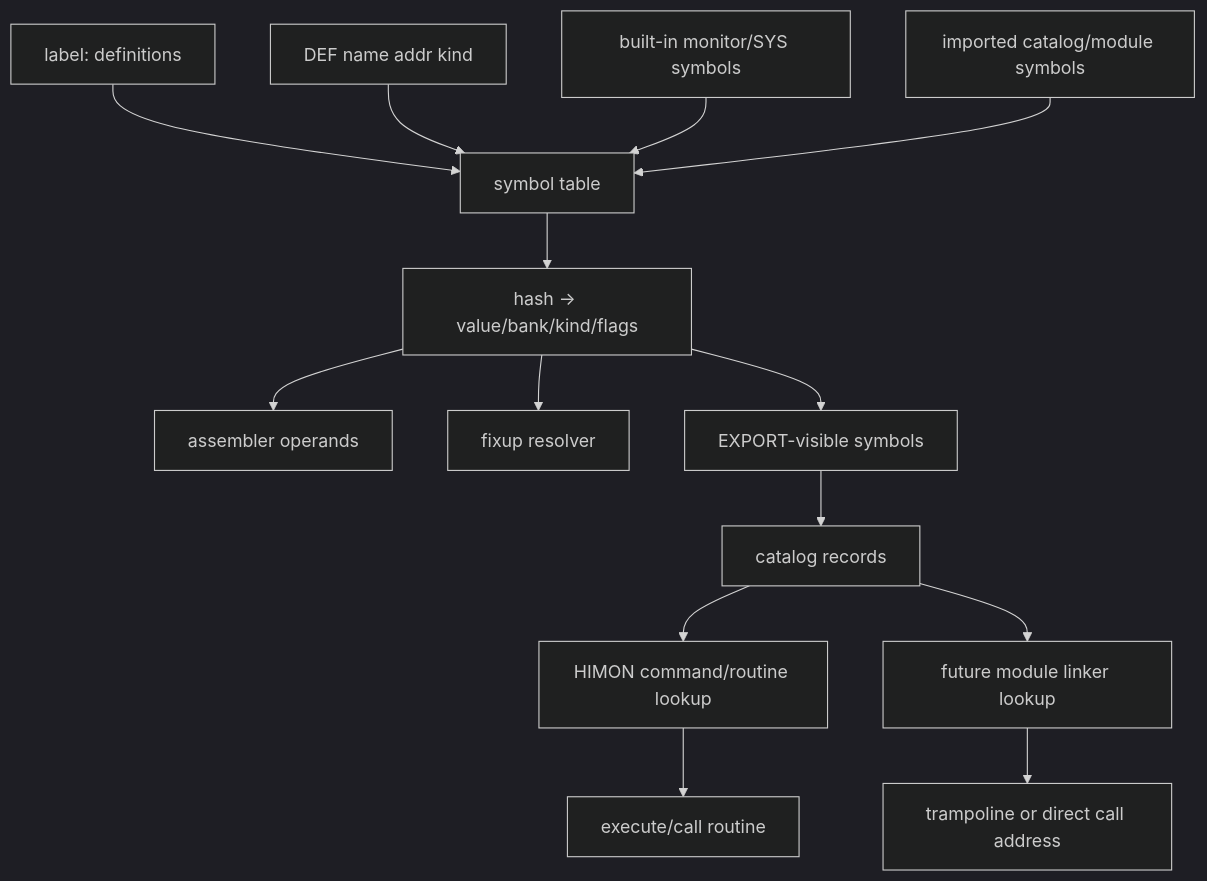
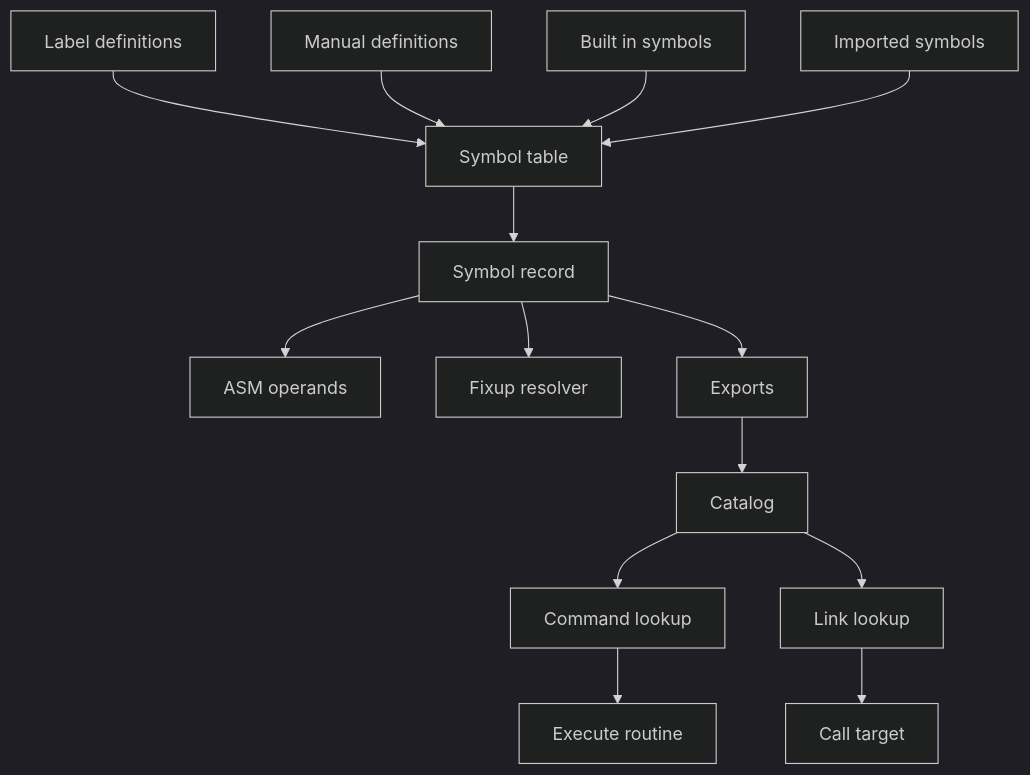
Before and after one commit to 95westus/R-YORS: the fifth of 6 diagrams in DOC/GUIDES/ASM/HASHED_ASM.md, drawn with Mermaid (dark theme). The commit also changed other lines of this file and 6 other files, not shown here.

````diff
--- a/DOC/GUIDES/ASM/HASHED_ASM.md
+++ b/DOC/GUIDES/ASM/HASHED_ASM.md
@@ -349,23 +2278,31 @@
 ```mermaid
 flowchart TD
-    LABELS[label: definitions]
-    DEF[DEF name addr kind]
-    BUILTIN[built-in monitor/SYS symbols]
-    IMPORT[imported catalog/module symbols]
+    LABELS[Label definitions]
+    DEF[Manual definitions]
+    BUILTIN[Built in symbols]
+    IMPORT[Imported symbols]
+    SYMTAB[Symbol table]
+    HASHREC[Symbol record]
+    ASMUSE[ASM operands]
+    FIXUPS[Fixup resolver]
+    EXPORT[Exports]
+    CATALOG[Catalog]
+    CMDLOOKUP[Command lookup]
+    LINKLOOKUP[Link lookup]
+    TRAMP[Call target]
+    EXEC[Execute routine]
 
-    LABELS --> SYMTAB[symbol table]
+    LABELS --> SYMTAB
     DEF --> SYMTAB
     BUILTIN --> SYMTAB
     IMPORT --> SYMTAB
-
-    SYMTAB --> HASHREC[hash -> value/bank/kind/flags]
-    HASHREC --> ASMUSE[assembler operands]
-    HASHREC --> FIXUPS[fixup resolver]
-    HASHREC --> EXPORT[EXPORT-visible symbols]
-
-    EXPORT --> CATALOG[catalog records]
-    CATALOG --> CMDLOOKUP[HIMON command/routine lookup]
-    CATALOG --> LINKLOOKUP[future module linker lookup]
-    LINKLOOKUP --> TRAMP[trampoline or direct call address]
-    CMDLOOKUP --> EXEC[execute/call routine]
+    SYMTAB --> HASHREC
+    HASHREC --> ASMUSE
+    HASHREC --> FIXUPS
+    HASHREC --> EXPORT
+    EXPORT --> CATALOG
+    CATALOG --> CMDLOOKUP
+    CATALOG --> LINKLOOKUP
+    LINKLOOKUP --> TRAMP
+    CMDLOOKUP --> EXEC
 ```
````
